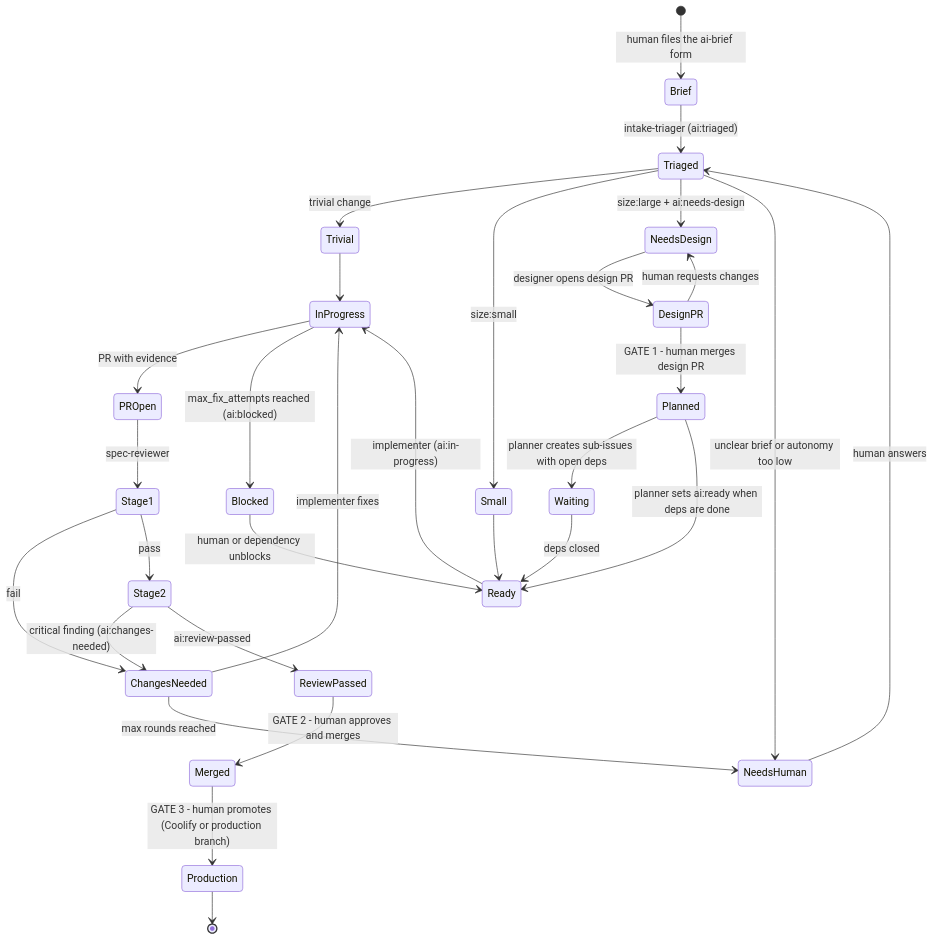
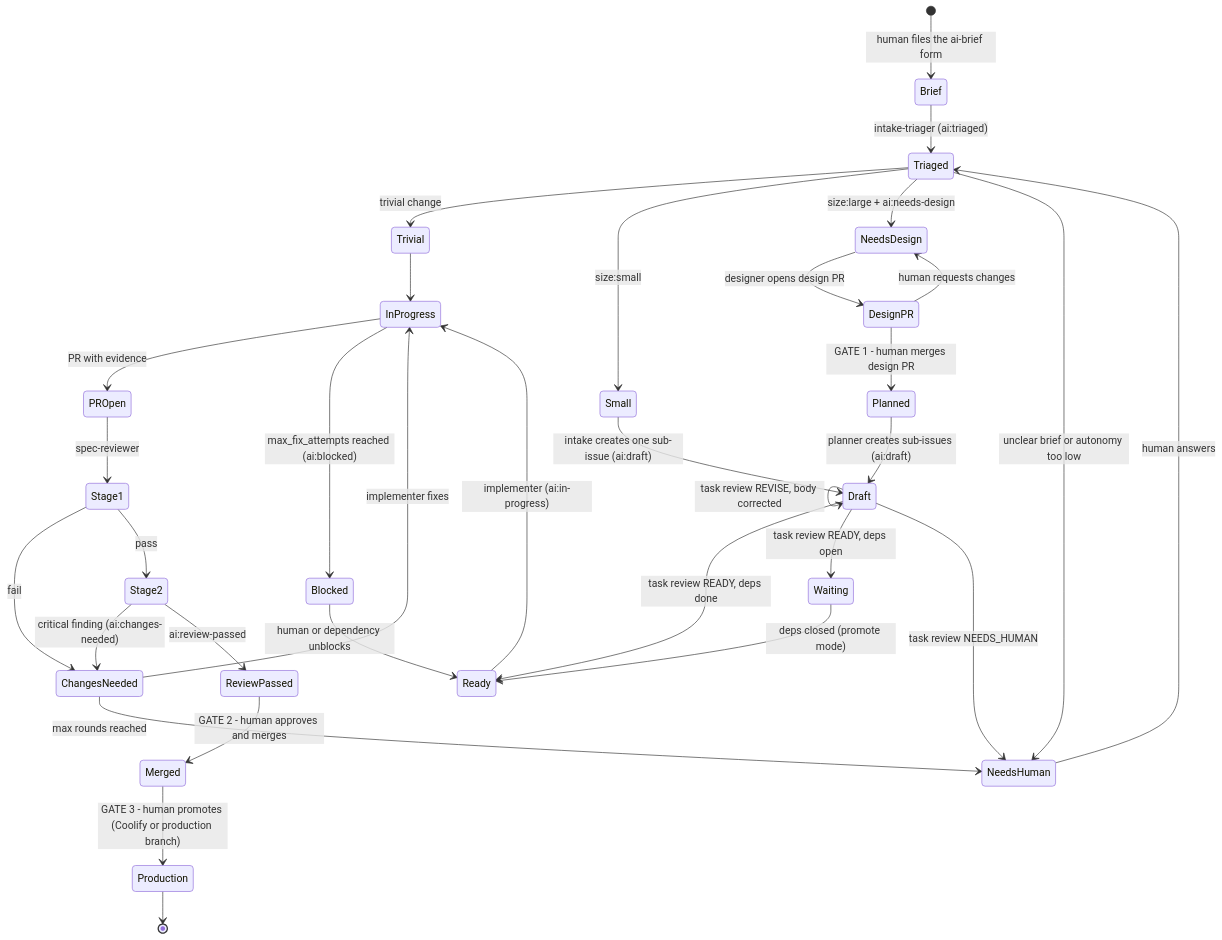
One commit to altaprimadev/claude-cowork changed the diagram in docs/labels-and-states.md. Above: the diagram before and after it, drawn with Mermaid. The commit also changed other lines of this file and 16 other files, not shown here.

First line of the commit message:
feat: add task review stage and GitHub Project sync

````diff
--- a/docs/labels-and-states.md
+++ b/docs/labels-and-states.md
@@ -35,37 +36,40 @@
 ```mermaid
 stateDiagram-v2
     [*] --> Brief: human files the ai-brief form
     Brief --> Triaged: intake-triager (ai:triaged)
     Triaged --> Trivial: trivial change
     Triaged --> Small: size:small
     Triaged --> NeedsDesign: size:large + ai:needs-design
     Triaged --> NeedsHuman: unclear brief or autonomy too low
 
     NeedsDesign --> DesignPR: designer opens design PR
     DesignPR --> Planned: GATE 1 - human merges design PR
     DesignPR --> NeedsDesign: human requests changes
-    Planned --> Waiting: planner creates sub-issues with open deps
-    Planned --> Ready: planner sets ai:ready when deps are done
-    Waiting --> Ready: deps closed
+    Planned --> Draft: planner creates sub-issues (ai:draft)
+    Small --> Draft: intake creates one sub-issue (ai:draft)
+    Draft --> Draft: task review REVISE, body corrected
+    Draft --> Ready: task review READY, deps done
+    Draft --> Waiting: task review READY, deps open
+    Draft --> NeedsHuman: task review NEEDS_HUMAN
+    Waiting --> Ready: deps closed (promote mode)
 
-    Small --> Ready
     Trivial --> InProgress
     Ready --> InProgress: implementer (ai:in-progress)
     InProgress --> PROpen: PR with evidence
     InProgress --> Blocked: max_fix_attempts reached (ai:blocked)
 
     PROpen --> Stage1: spec-reviewer
     Stage1 --> ChangesNeeded: fail
     Stage1 --> Stage2: pass
     Stage2 --> ChangesNeeded: critical finding (ai:changes-needed)
     Stage2 --> ReviewPassed: ai:review-passed
     ChangesNeeded --> InProgress: implementer fixes
     ChangesNeeded --> NeedsHuman: max rounds reached
 
     ReviewPassed --> Merged: GATE 2 - human approves and merges
     Merged --> Production: GATE 3 - human promotes (Coolify or production branch)
     Production --> [*]
 
     NeedsHuman --> Triaged: human answers
     Blocked --> Ready: human or dependency unblocks
 ```
````
